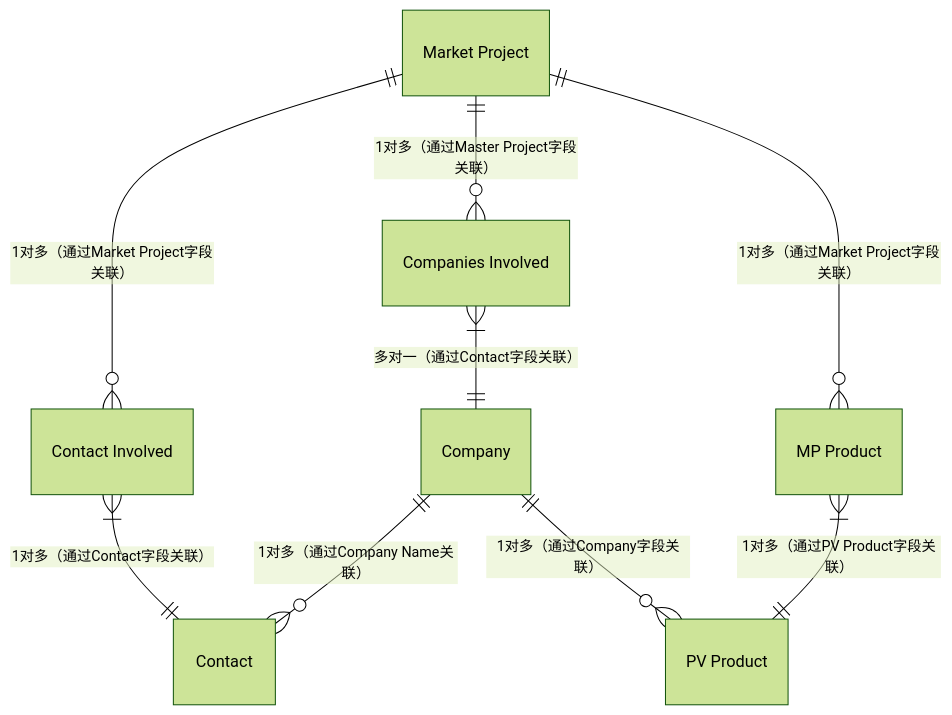
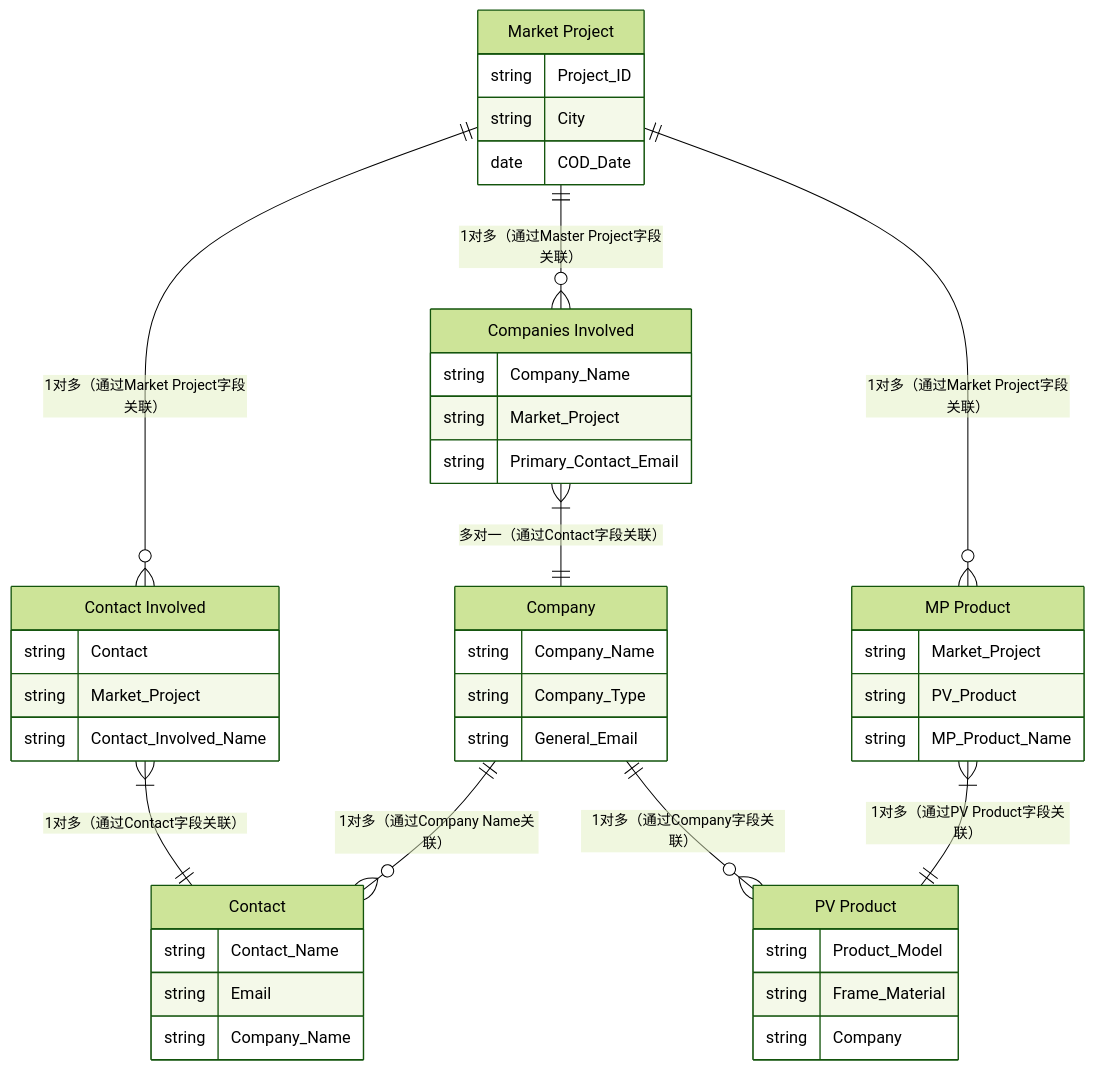
One commit to zhangziru-33/iodraw-files changed the diagram in all/Norden数据E-R图(7个对象，+contact).md. Above: the diagram before and after it, drawn with Mermaid (forest theme).

Commit message:
2025-12-04 14:56:00 update

````diff
--- a/all/Norden数据E-R图(7个对象，+contact).md
+++ b/all/Norden数据E-R图(7个对象，+contact).md
@@ -1,21 +1,60 @@
 ```mermaid
 erDiagram
+    %% -- 中间关联层最后声明，放在右侧/底部
+    "Market Project" {
+        string Project_ID
+        string City
+        date COD_Date
+    }
 
-    
+    "Companies Involved" {
+        string Company_Name
+        string Market_Project
+        string Primary_Contact_Email
+    }
+    "Contact Involved" {
+        string Contact
+        string Market_Project
+        string Contact_Involved_Name
+    }
+    "MP Product" {
+        string Market_Project
+        string PV_Product
+        string MP_Product_Name
+    }
+    %% -- 核心主实体优先声明，放在左侧/顶部
+    Company {
+        string Company_Name
+        string Company_Type
+        string General_Email
+    }
+   
+    %% -- 关联实体次之，围绕主实体排布
+    Contact {
+        string Contact_Name
+        string Email
+        string Company_Name
+    }
+    "PV Product" {
+        string Product_Model
+        string Frame_Material
+        string Company
+    }
+
     
     Company ||--o{ "PV Product" : "1对多（通过Company字段关联）"
     
     "Market Project" ||--o{ "Contact Involved" : "1对多（通过Market Project字段关联）"
     "Contact Involved" }|--|| "Contact" : "1对多（通过Contact字段关联）"
     %% Contact ||--o{ "Conatct Involved" : "1对多（通过Conatct字段关联）"
     Company ||--o{ "Contact" : "1对多（通过Company Name关联）"
     %% Company ||--o{ "Companies Involved" : "1对多（通过Company Name关联）"
     "Companies Involved" }|--|| "Company" : "多对一（通过Contact字段关联）"
     "Market Project" ||--o{ "Companies Involved" : "1对多（通过Master Project字段关联）"
     
 
     "Market Project" ||--o{ "MP Product" : "1对多（通过Market Project字段关联）"
     "MP Product" }|--|| "PV Product" : "1对多（通过PV Product字段关联）"
    
     
 ```
````
